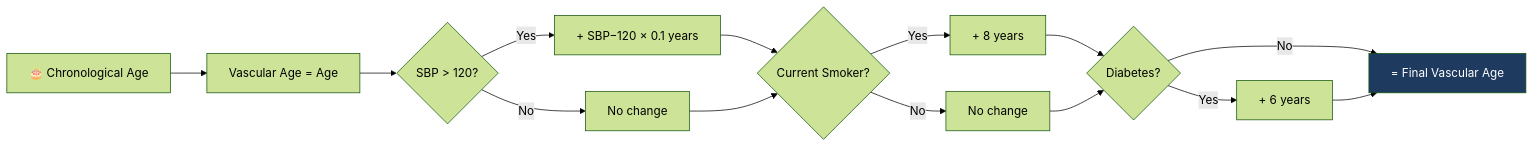
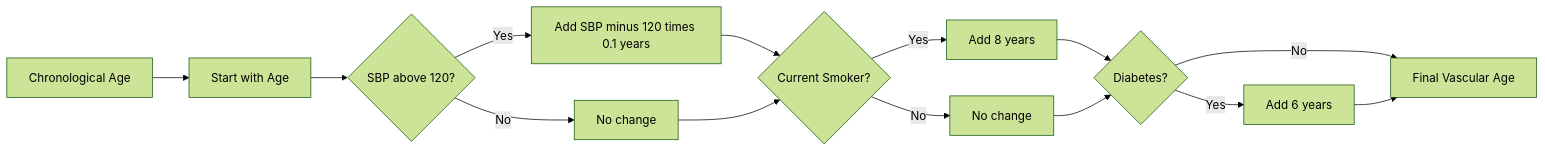
One commit to saikeerthana999/CalciTrack changed the sixth of 6 diagrams in README.md. Above: the diagram before and after it, drawn with Mermaid (forest theme). The commit also changed other lines of this file and 1 other file, not shown here.

````diff
--- a/README.md
+++ b/README.md
@@ -206,18 +166,16 @@
 ```mermaid
-flowchart LR
-    A["🎂 Chronological Age"] --> B["Vascular Age = Age"]
-    B --> C{"SBP > 120?"}
-    C --> |Yes| D["+ SBP−120 × 0.1 years"]
-    C --> |No| E["No change"]
-    D --> F{"Current Smoker?"}
+graph LR
+    A[Chronological Age] --> B[Start with Age]
+    B --> C{SBP above 120?}
+    C -->|Yes| D[Add SBP minus 120 times 0.1 years]
+    C -->|No| E[No change]
+    D --> F{Current Smoker?}
     E --> F
-    F --> |Yes| G["+ 8 years"]
-    F --> |No| H["No change"]
-    G --> I{"Diabetes?"}
+    F -->|Yes| G[Add 8 years]
+    F -->|No| H[No change]
+    G --> I{Diabetes?}
     H --> I
-    I --> |Yes| J["+ 6 years"]
-    I --> |No| K["= Final Vascular Age"]
+    I -->|Yes| J[Add 6 years]
+    I -->|No| K[Final Vascular Age]
     J --> K
-
-    style K fill:#1e3a5f,color:#fff
 ```
````
